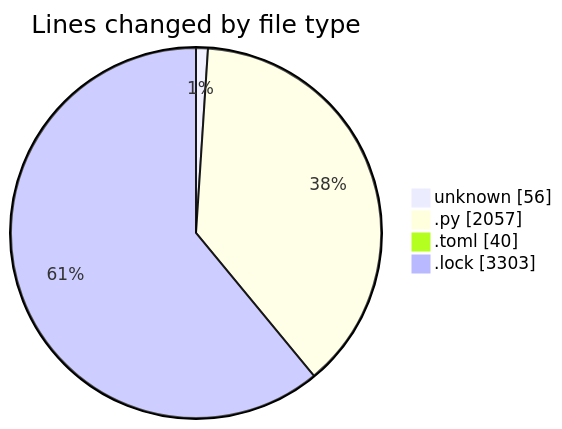
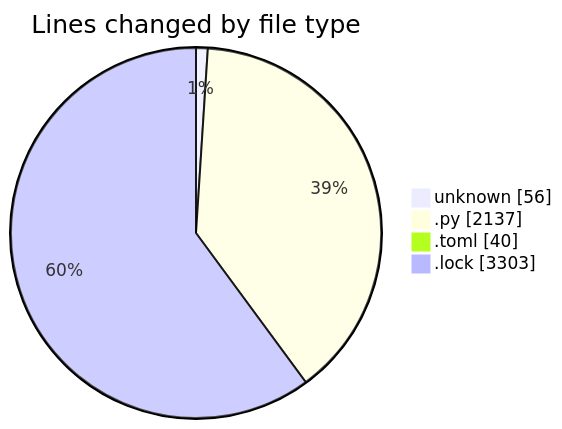
One commit to julien-gomy/code-tracking changed the first of 2 diagrams in 2025-11-26/eventscop-api-guide__workspace_/README.md. Above: the diagram before and after it, drawn with Mermaid. The commit also changed other lines of this file and 1 other file, not shown here.

````diff
--- a/2025-11-26/eventscop-api-guide__workspace_/README.md
+++ b/2025-11-26/eventscop-api-guide__workspace_/README.md
@@ -27,8 +27,8 @@
 ```mermaid
 pie showData
 title Lines changed by file type
 "unknown" : 56
-".py" : 2057
+".py" : 2137
 ".toml" : 40
 ".lock" : 3303
 ```
````
